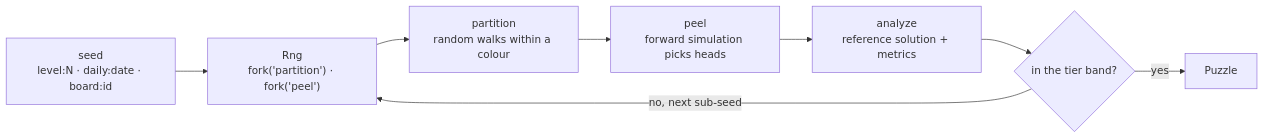
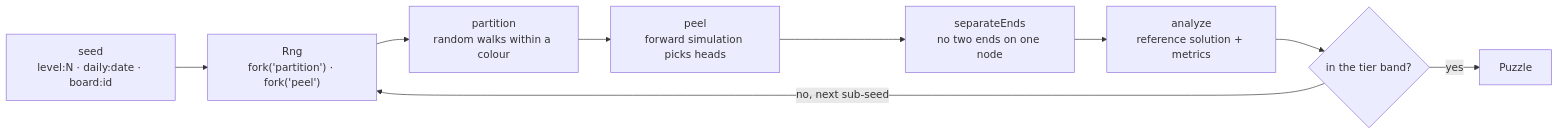
Before and after one commit to jonathascosta/Arrows: the diagram in docs/ARCHITECTURE.md, drawn with Mermaid. The commit also changed other lines of this file and 17 other files, not shown here.

First line of the commit message:
T14: harder Hard and Super Hard; no two arrow ends on one grid node

````diff
--- a/docs/ARCHITECTURE.md
+++ b/docs/ARCHITECTURE.md
@@ -69,10 +69,11 @@
 ```mermaid
 flowchart LR
   seed["seed\nlevel:N · daily:date · board:id"] --> rng["Rng\nfork('partition') · fork('peel')"]
   rng --> partition["partition\nrandom walks within a colour"]
   partition --> peel["peel\nforward simulation picks heads"]
-  peel --> analyze["analyze\nreference solution + metrics"]
+  peel --> ends["separateEnds\nno two ends on one node"]
+  ends --> analyze["analyze\nreference solution + metrics"]
   analyze --> band{"in the tier band?"}
   band -- "no, next sub-seed" --> rng
   band -- yes --> puzzle["Puzzle"]
 ```
````
